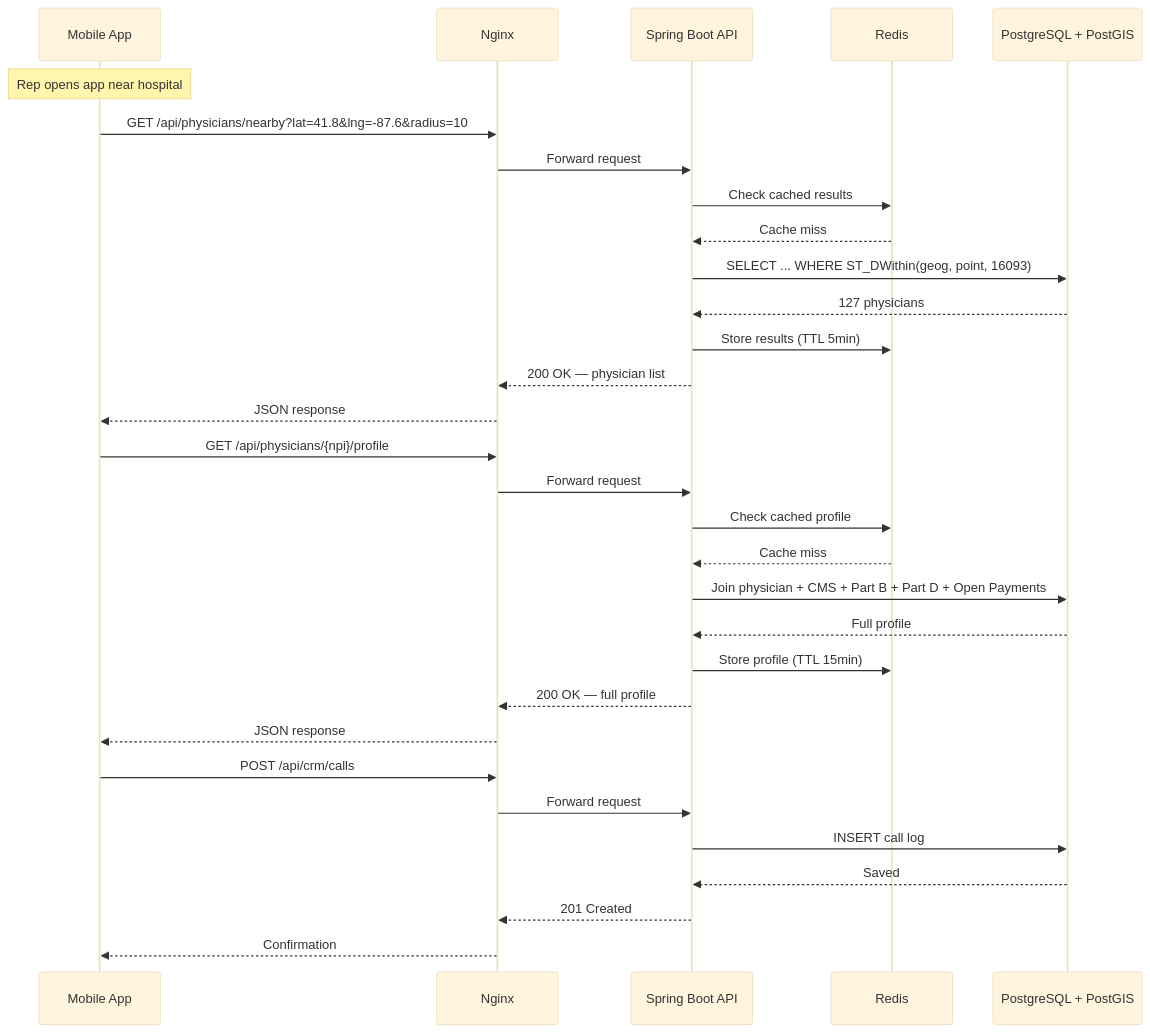
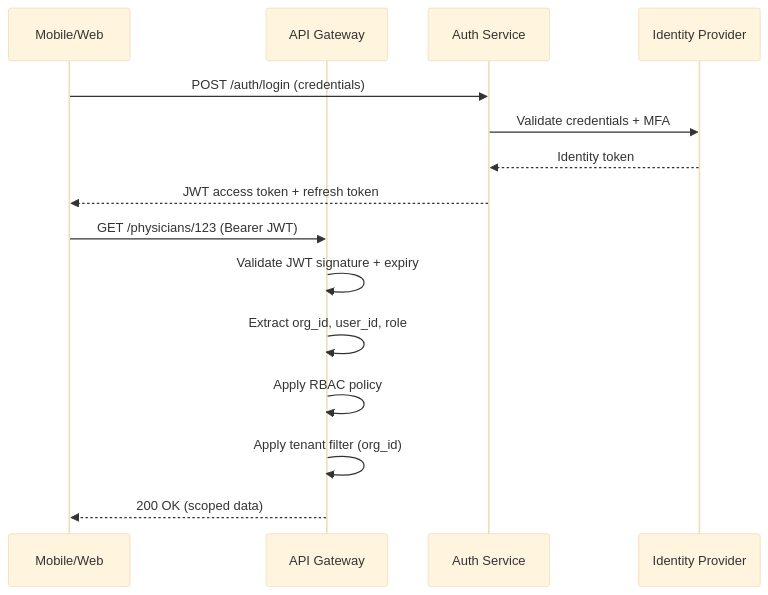
Before and after one commit to seanMcKenzie/medsales-architecture: the seventh of 8 diagrams in component-diagram.md, drawn with Mermaid (base theme). The commit also changed other lines of this file and 7 other files, not shown here.

First line of the commit message:
Initial architecture documents for MedSales platform

````diff
--- a/component-diagram.md
+++ b/component-diagram.md
@@ -93,37 +303,19 @@
 ```mermaid
 sequenceDiagram
-    participant Rep as Mobile App
-    participant LB as Nginx
-    participant API as Spring Boot API
-    participant Cache as Redis
-    participant DB as PostgreSQL + PostGIS
+    participant Client as Mobile/Web
+    participant API as API Gateway
+    participant Auth as Auth Service
+    participant IDP as Identity Provider
 
-    Note over Rep: Rep opens app near hospital
-
-    Rep->>LB: GET /api/physicians/nearby?lat=41.8&lng=-87.6&radius=10
-    LB->>API: Forward request
-    API->>Cache: Check cached results
-    Cache-->>API: Cache miss
-    API->>DB: SELECT ... WHERE ST_DWithin(geog, point, 16093)
-    DB-->>API: 127 physicians
-    API->>Cache: Store results (TTL 5min)
-    API-->>LB: 200 OK — physician list
-    LB-->>Rep: JSON response
-
-    Rep->>LB: GET /api/physicians/{npi}/profile
-    LB->>API: Forward request
-    API->>Cache: Check cached profile
-    Cache-->>API: Cache miss
-    API->>DB: Join physician + CMS + Part B + Part D + Open Payments
-    DB-->>API: Full profile
-    API->>Cache: Store profile (TTL 15min)
-    API-->>LB: 200 OK — full profile
-    LB-->>Rep: JSON response
-
-    Rep->>LB: POST /api/crm/calls
-    LB->>API: Forward request
-    API->>DB: INSERT call log
-    DB-->>API: Saved
-    API-->>LB: 201 Created
-    LB-->>Rep: Confirmation
+    Client->>Auth: POST /auth/login (credentials)
+    Auth->>IDP: Validate credentials + MFA
+    IDP-->>Auth: Identity token
+    Auth-->>Client: JWT access token + refresh token
+    
+    Client->>API: GET /physicians/123 (Bearer JWT)
+    API->>API: Validate JWT signature + expiry
+    API->>API: Extract org_id, user_id, role
+    API->>API: Apply RBAC policy
+    API->>API: Apply tenant filter (org_id)
+    API-->>Client: 200 OK (scoped data)
 ```
````
